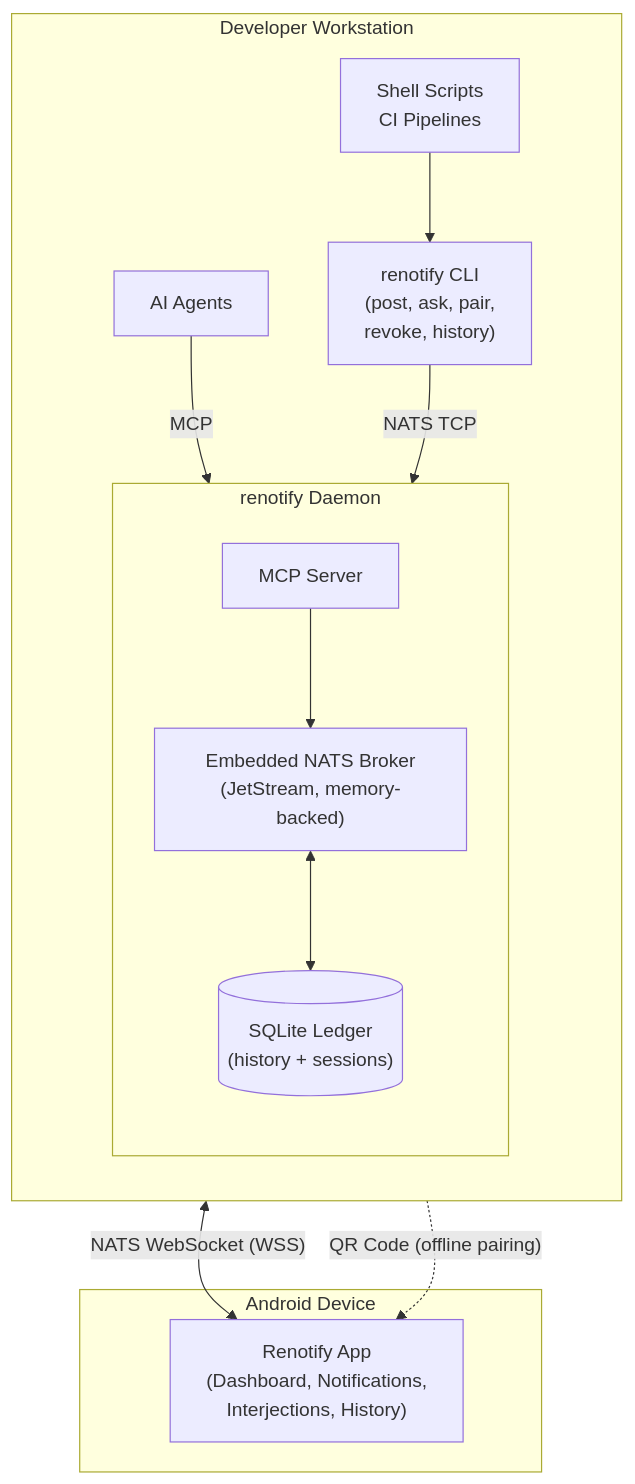
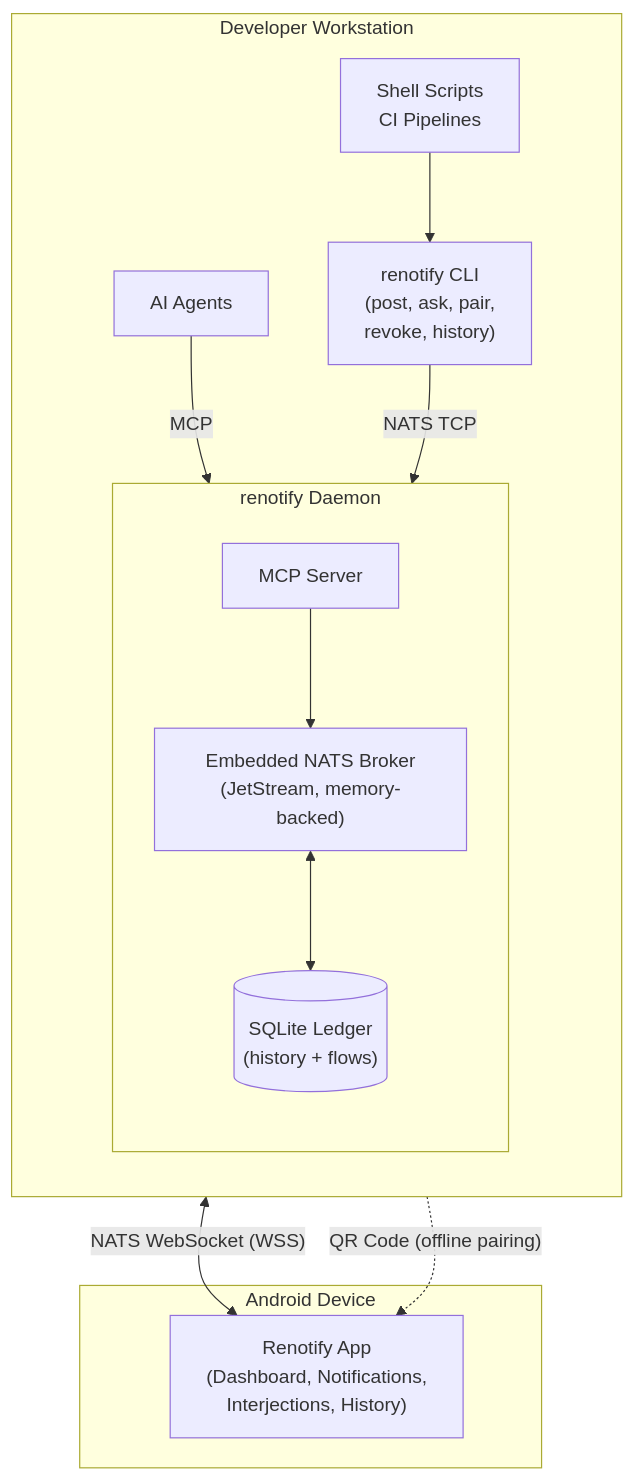
One commit to resystems-io/renotify changed the diagram in docs/renotify-refinements.md. Above: the diagram before and after it, drawn with Mermaid. The commit also changed other lines of this file and 1 other file, not shown here.

First line of the commit message:
docs: harmonise refinements with naming analysis and extract payload schemas

````diff
--- a/docs/renotify-refinements.md
+++ b/docs/renotify-refinements.md
@@ -69,31 +70,31 @@
 ```mermaid
 flowchart TB
     subgraph host["Developer Workstation"]
         direction TB
 
         scripts["Shell Scripts<br/>CI Pipelines"]
         agents["AI Agents"]
         cli["renotify CLI<br/>(post, ask, pair,<br/>revoke, history)"]
 
         subgraph daemon["renotify Daemon"]
             direction TB
             mcp["MCP Server"]
             nats["Embedded NATS Broker<br/>(JetStream, memory-backed)"]
-            sqlite[("SQLite Ledger<br/>(history + sessions)")]
+            sqlite[("SQLite Ledger<br/>(history + flows)")]
 
             mcp --> nats
             nats <--> sqlite
         end
 
         scripts --> cli
         agents -- "MCP" --> mcp
         cli -- "NATS TCP" --> nats
     end
 
     subgraph mobile["Android Device"]
         app["Renotify App<br/>(Dashboard, Notifications,<br/>Interjections, History)"]
     end
 
     nats <-- "NATS WebSocket (WSS)" --> app
     cli -. "QR Code (offline pairing)" .-> app
 ```
````
